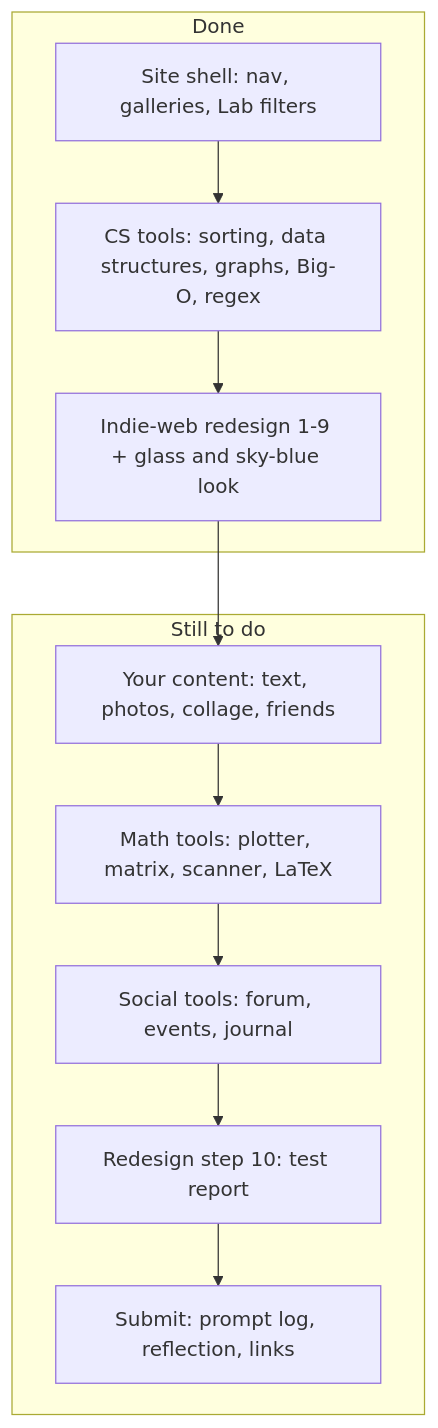
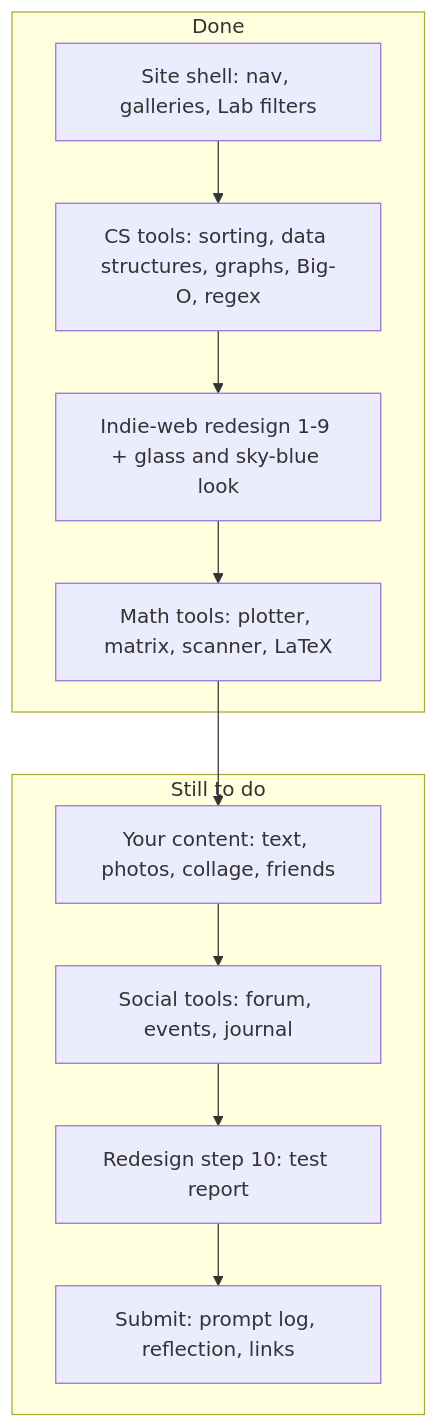
One commit to ChrisMedkit/CS-235-IntroToAI changed the first of 13 diagrams in DIAGRAM.md. Above: the diagram before and after it, drawn with Mermaid. The commit also changed other lines of this file and 10 other files, not shown here.

Commit message:
Math tools: plotter, Matrix Lab, notes scanner, LaTeX scratchpad

````diff
--- a/DIAGRAM.md
+++ b/DIAGRAM.md
@@ -5,18 +5,18 @@
 ```mermaid
 flowchart TD
   subgraph DONE["Done"]
     D1["Site shell: nav, galleries, Lab filters"]
     D2["CS tools: sorting, data structures, graphs, Big-O, regex"]
     D3["Indie-web redesign 1-9 + glass and sky-blue look"]
-    D1 --> D2 --> D3
+    D4["Math tools: plotter, matrix, scanner, LaTeX"]
+    D1 --> D2 --> D3 --> D4
   end
   subgraph NEXT["Still to do"]
     N1["Your content: text, photos, collage, friends"]
-    N2["Math tools: plotter, matrix, scanner, LaTeX"]
     N3["Social tools: forum, events, journal"]
     N4["Redesign step 10: test report"]
     N5["Submit: prompt log, reflection, links"]
-    N1 --> N2 --> N3 --> N4 --> N5
+    N1 --> N3 --> N4 --> N5
   end
-  D3 --> N1
+  D4 --> N1
 ```
````
